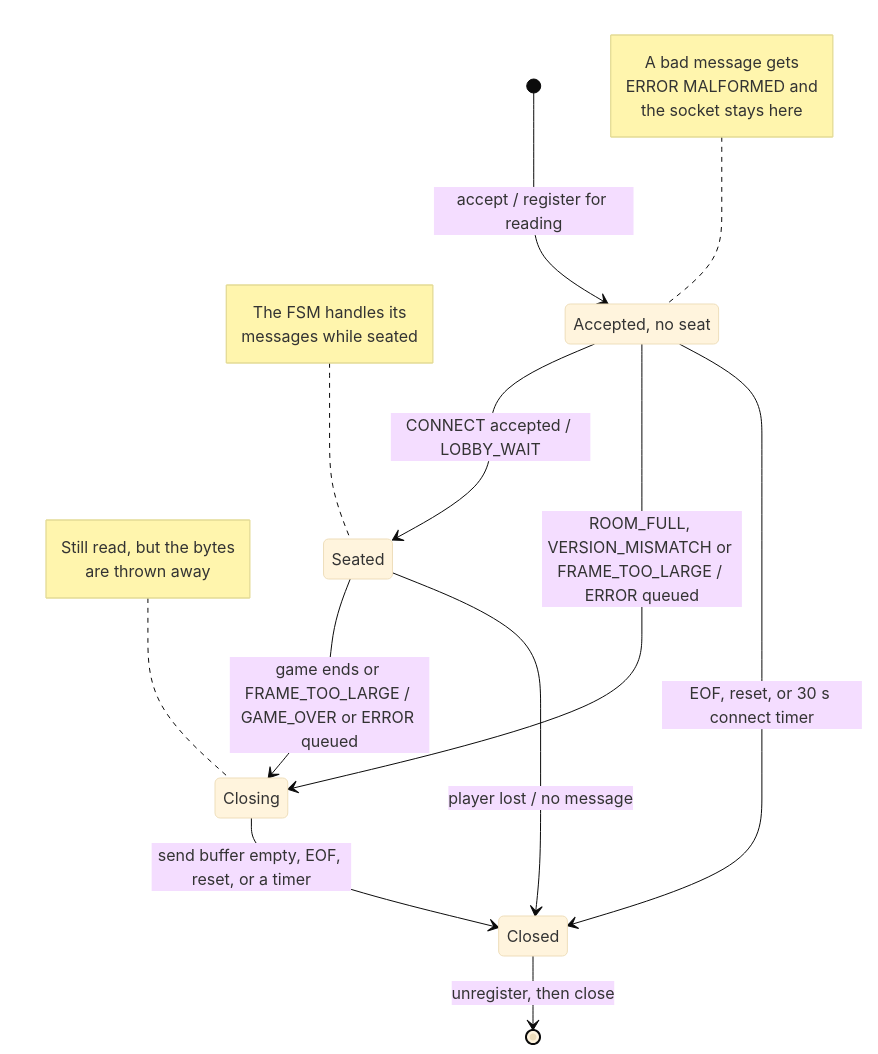
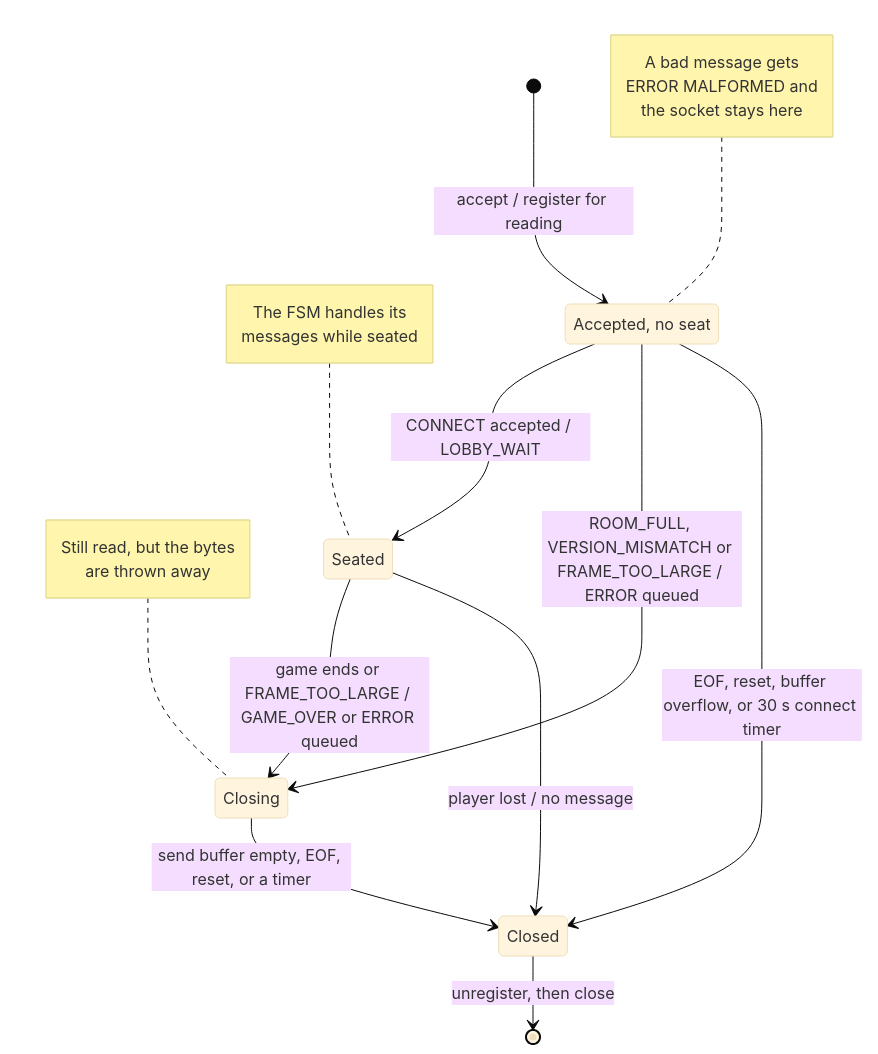
One commit to landonholl/battleship changed the first of 2 diagrams in docs/concurrency_design.md. Above: the diagram before and after it, drawn with Mermaid (base theme). The commit also changed other lines of this file and 6 other files, not shown here.

````diff
--- a/docs/concurrency_design.md
+++ b/docs/concurrency_design.md
@@ -61,34 +61,34 @@
 ```mermaid
 stateDiagram-v2
     state "Accepted, no seat" as ACCEPTED
     state "Seated" as SEATED
     state "Closing" as CLOSING
     state "Closed" as CLOSED
 
     [*] --> ACCEPTED : accept / register for reading
     ACCEPTED --> SEATED : CONNECT accepted / LOBBY_WAIT
     ACCEPTED --> CLOSING : ROOM_FULL, VERSION_MISMATCH or FRAME_TOO_LARGE / ERROR queued
-    ACCEPTED --> CLOSED : EOF, reset, or 30 s connect timer
+    ACCEPTED --> CLOSED : EOF, reset, buffer overflow, or 30 s connect timer
 
     SEATED --> CLOSING : game ends or FRAME_TOO_LARGE / GAME_OVER or ERROR queued
     SEATED --> CLOSED : player lost / no message
 
     CLOSING --> CLOSED : send buffer empty, EOF, reset, or a timer
     CLOSED --> [*] : unregister, then close
 
     note left of ACCEPTED
         A bad message gets
         ERROR MALFORMED and
         the socket stays here
     end note
 
     note left of SEATED
         The FSM handles its
         messages while seated
     end note
 
     note left of CLOSING
         Still read, but the bytes
         are thrown away
     end note
 ```
````
